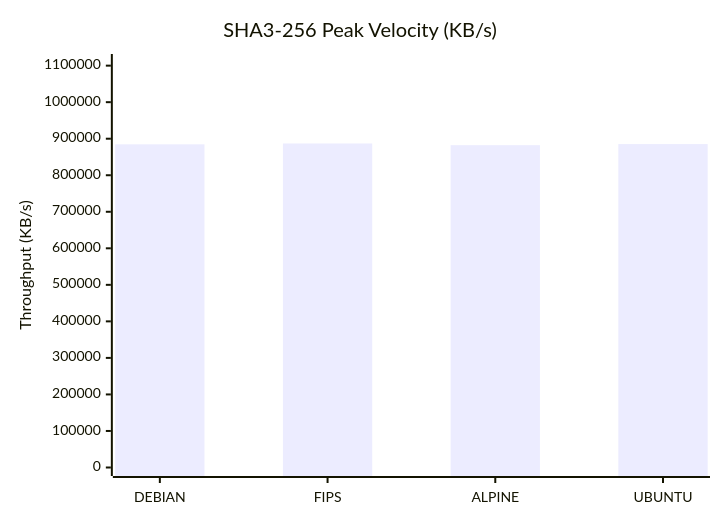
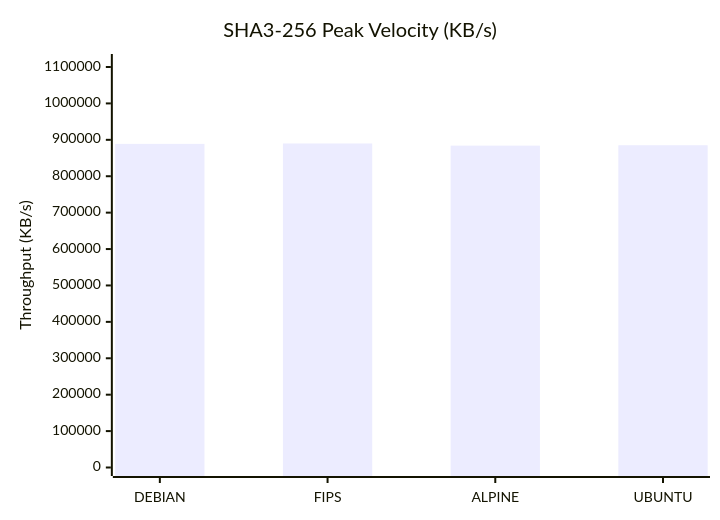
One commit to taha2samy/openssl_fips changed the third of 9 diagrams in docs/Comparison_Report.md. Above: the diagram before and after it, drawn with Mermaid. The commit also changed other lines of this file and 2 other files, not shown here.

````diff
--- a/docs/Comparison_Report.md
+++ b/docs/Comparison_Report.md
@@ -74,7 +74,7 @@
 ```mermaid
 xychart-beta
     title "SHA3-256 Peak Velocity (KB/s)"
     x-axis [DEBIAN, FIPS, ALPINE, UBUNTU]
-    y-axis "Throughput (KB/s)" 0 --> 1108604
-    bar [884557.41, 886883.94, 882278.4, 885314.36]
+    y-axis "Throughput (KB/s)" 0 --> 1112371
+    bar [888840.19, 889896.96, 884051.87, 885137.41]
 ```
````
